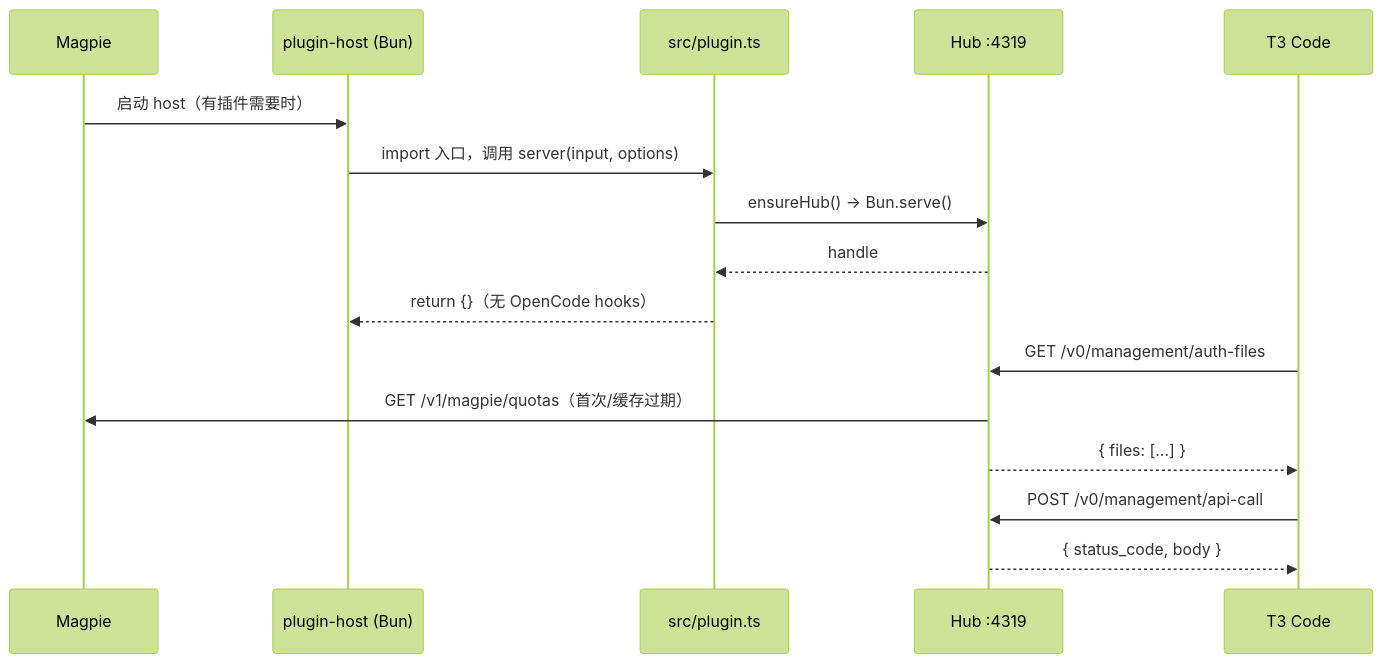
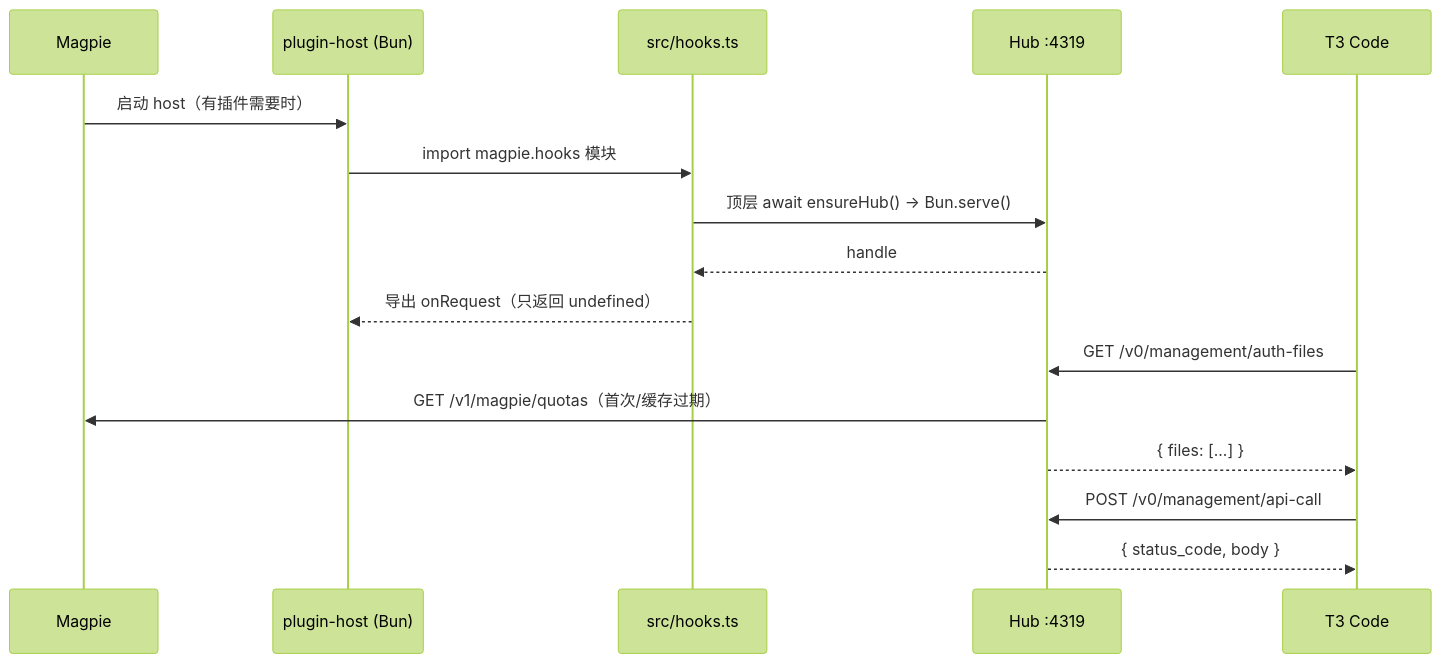
One commit to 8liang/magpie-t3code-hub changed the second of 2 diagrams in docs/architecture.md. Above: the diagram before and after it, drawn with Mermaid (forest theme). The commit also changed other lines of this file and 10 other files, not shown here.

````diff
--- a/docs/architecture.md
+++ b/docs/architecture.md
@@ -49,19 +50,19 @@
 ```mermaid
 sequenceDiagram
   participant M as Magpie
   participant PH as plugin-host (Bun)
-  participant P as src/plugin.ts
+  participant P as src/hooks.ts
   participant H as Hub :4319
   participant T as T3 Code
 
   M->>PH: 启动 host（有插件需要时）
-  PH->>P: import 入口，调用 server(input, options)
-  P->>H: ensureHub() → Bun.serve()
+  PH->>P: import magpie.hooks 模块
+  P->>H: 顶层 await ensureHub() → Bun.serve()
   H-->>P: handle
-  P-->>PH: return {}（无 OpenCode hooks）
+  P-->>PH: 导出 onRequest（只返回 undefined）
   T->>H: GET /v0/management/auth-files
   H->>M: GET /v1/magpie/quotas（首次/缓存过期）
   H-->>T: { files: [...] }
   T->>H: POST /v0/management/api-call
   H-->>T: { status_code, body }
 ```
````
